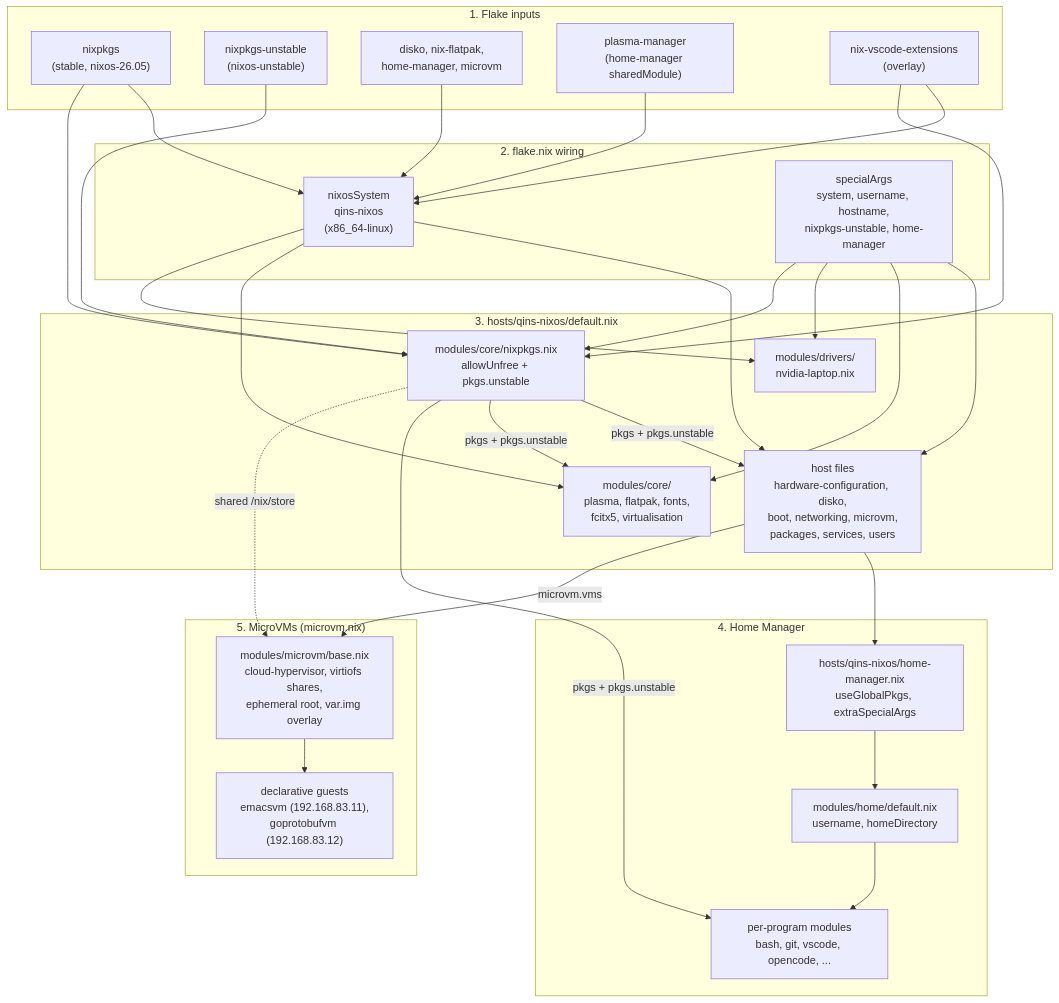
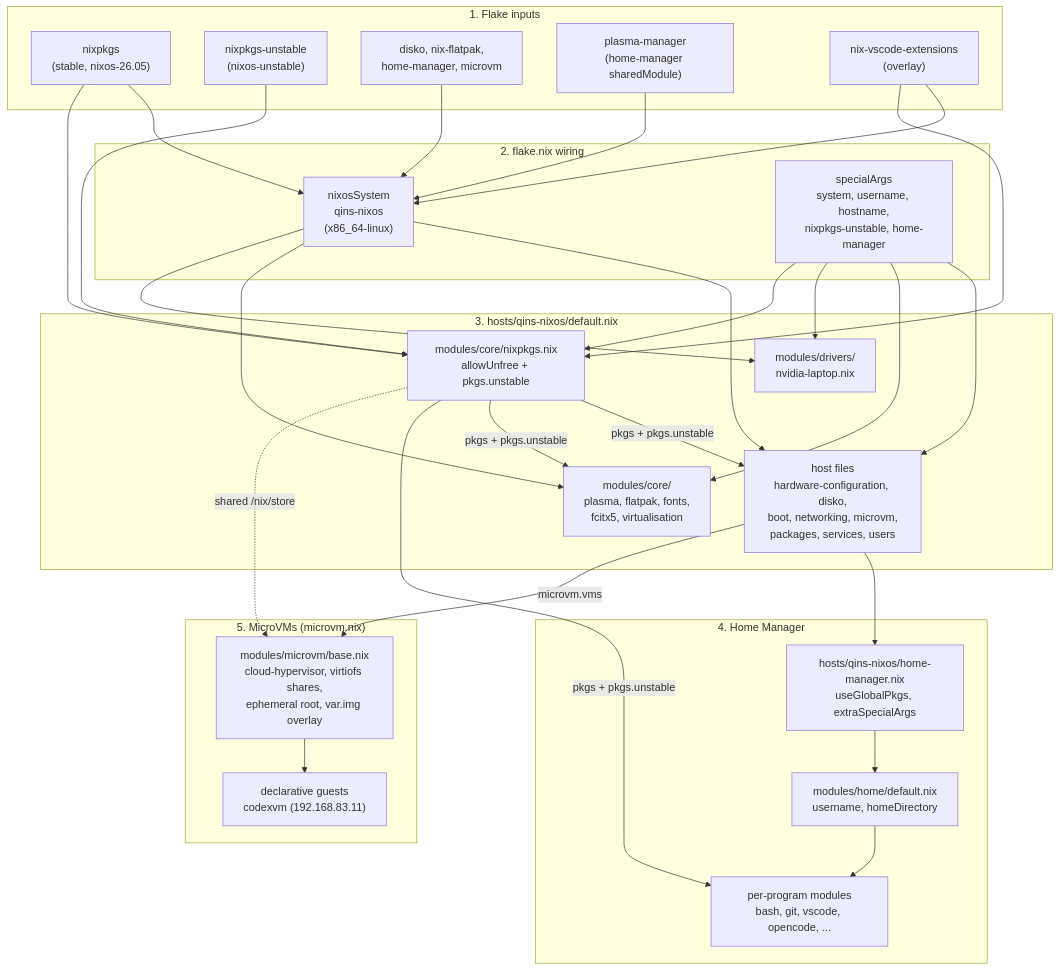
Before and after one commit to qin-guan/nixos: the diagram in README.md, drawn with Mermaid. The commit also changed 1 other file, not shown here.

````diff
--- a/README.md
+++ b/README.md
@@ -26,60 +26,60 @@
 ```mermaid
 flowchart TD
     subgraph Inputs["1. Flake inputs"]
         StableIn["nixpkgs<br/>(stable, nixos-26.05)"]
         UnstableIn["nixpkgs-unstable<br/>(nixos-unstable)"]
         ExtMods["disko, nix-flatpak,<br/>home-manager, microvm"]
         PlasmaMgr["plasma-manager<br/>(home-manager sharedModule)"]
         VscodeExt["nix-vscode-extensions<br/>(overlay)"]
     end
 
     subgraph Flake["2. flake.nix wiring"]
         Sys["nixosSystem<br/>qins-nixos<br/>(x86_64-linux)"]
         SpecialArgs["specialArgs<br/>system, username, hostname,<br/>nixpkgs-unstable, home-manager"]
     end
 
     subgraph Host["3. hosts/qins-nixos/default.nix"]
         HostFiles["host files<br/>hardware-configuration, disko,<br/>boot, networking, microvm,<br/>packages, services, users"]
         Core["modules/core/<br/>plasma, flatpak, fonts,<br/>fcitx5, virtualisation"]
         Driver["modules/drivers/<br/>nvidia-laptop.nix"]
         PkgsCfg["modules/core/nixpkgs.nix<br/>allowUnfree + pkgs.unstable"]
     end
 
     subgraph Home["4. Home Manager"]
         HMBridge["hosts/qins-nixos/home-manager.nix<br/>useGlobalPkgs, extraSpecialArgs"]
         HomeRoot["modules/home/default.nix<br/>username, homeDirectory"]
         Programs["per-program modules<br/>bash, git, vscode, opencode, ..."]
     end
 
     subgraph MicroVMs["5. MicroVMs (microvm.nix)"]
         VMBase["modules/microvm/base.nix<br/>cloud-hypervisor, virtiofs shares,<br/>ephemeral root, var.img overlay"]
-        VMGuests["declarative guests<br/>emacsvm (192.168.83.11),<br/>goprotobufvm (192.168.83.12)"]
+        VMGuests["declarative guests<br/>codexvm (192.168.83.11)"]
     end
 
     StableIn --> Sys
     ExtMods --> Sys
     PlasmaMgr --> Sys
     VscodeExt --> Sys
     Sys --> HostFiles
     Sys --> Core
     Sys --> Driver
     SpecialArgs --> HostFiles
     SpecialArgs --> Core
     SpecialArgs --> Driver
     SpecialArgs --> PkgsCfg
     StableIn --> PkgsCfg
     UnstableIn --> PkgsCfg
     VscodeExt --> PkgsCfg
 
     PkgsCfg -- "pkgs + pkgs.unstable" --> HostFiles
     PkgsCfg -- "pkgs + pkgs.unstable" --> Core
     PkgsCfg -- "pkgs + pkgs.unstable" --> Programs
 
     HostFiles --> HMBridge
     HMBridge --> HomeRoot
     HomeRoot --> Programs
 
     HostFiles -- "microvm.vms" --> VMBase
     VMBase --> VMGuests
     PkgsCfg -. "shared /nix/store" .-> VMBase
 ```
````
